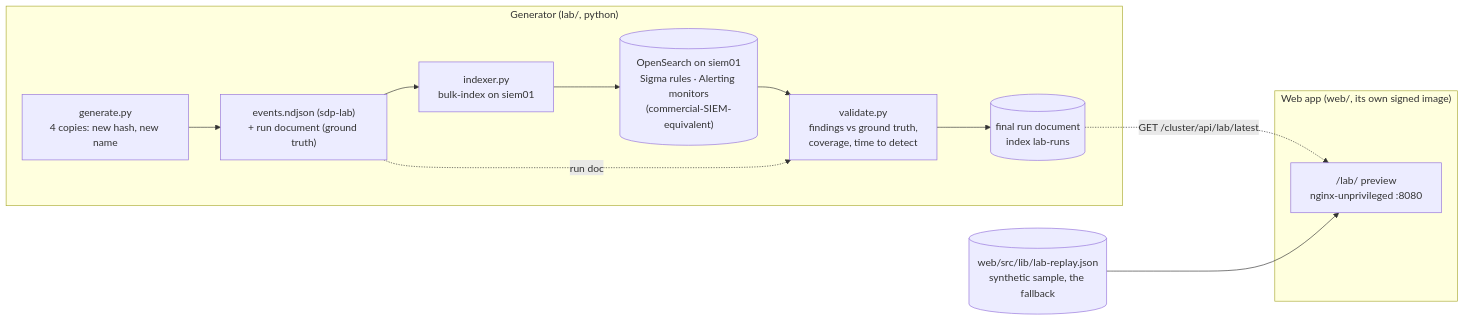
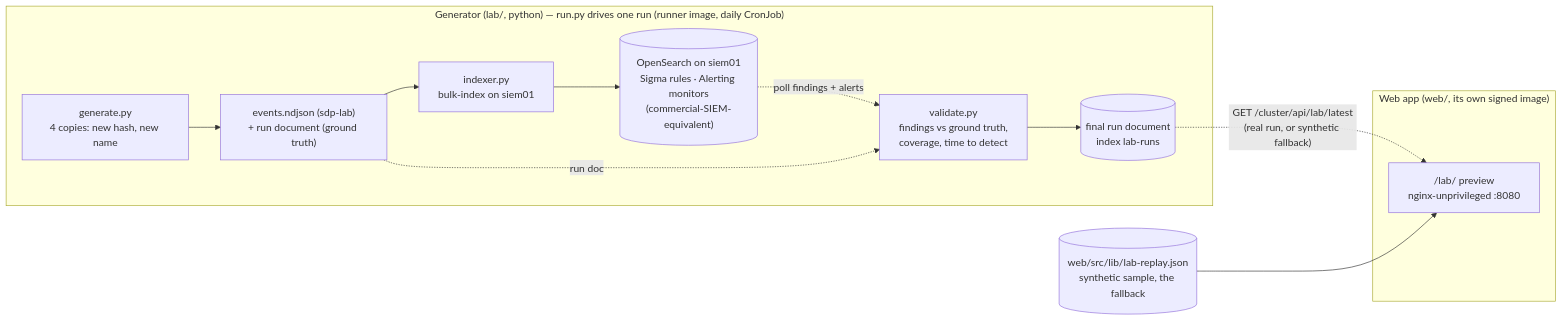
Before and after one commit to HubertMJ/detection-lab: the diagram in README.md, drawn with Mermaid. The commit also changed other lines of this file and 11 other files, not shown here.

````diff
--- a/README.md
+++ b/README.md
@@ -25,16 +25,16 @@
 ```mermaid
 flowchart LR
-    subgraph GEN["Generator (lab/, python)"]
+    subgraph GEN["Generator (lab/, python) — run.py drives one run (runner image, daily CronJob)"]
         G["generate.py<br/>4 copies: new hash, new name"] --> EV["events.ndjson (sdp-lab)<br/>+ run document (ground truth)"]
         EV --> IDX["indexer.py<br/>bulk-index on siem01"]
         IDX --> OS[("OpenSearch on siem01<br/>Sigma rules · Alerting monitors<br/>(commercial-SIEM-equivalent)")]
-        OS --> VAL["validate.py<br/>findings vs ground truth,<br/>coverage, time to detect"]
+        OS -. "poll findings + alerts" .-> VAL["validate.py<br/>findings vs ground truth,<br/>coverage, time to detect"]
         EV -. run doc .-> VAL
         VAL --> RUN[("final run document<br/>index lab-runs")]
     end
     subgraph WEB["Web app (web/, its own signed image)"]
         PAGE["/lab/ preview<br/>nginx-unprivileged :8080"]
     end
-    RUN -. "GET /cluster/api/lab/latest" .-> PAGE
+    RUN -. "GET /cluster/api/lab/latest<br/>(real run, or synthetic fallback)" .-> PAGE
     SAMPLE[("web/src/lib/lab-replay.json<br/>synthetic sample, the fallback")] --> PAGE
 ```
````
